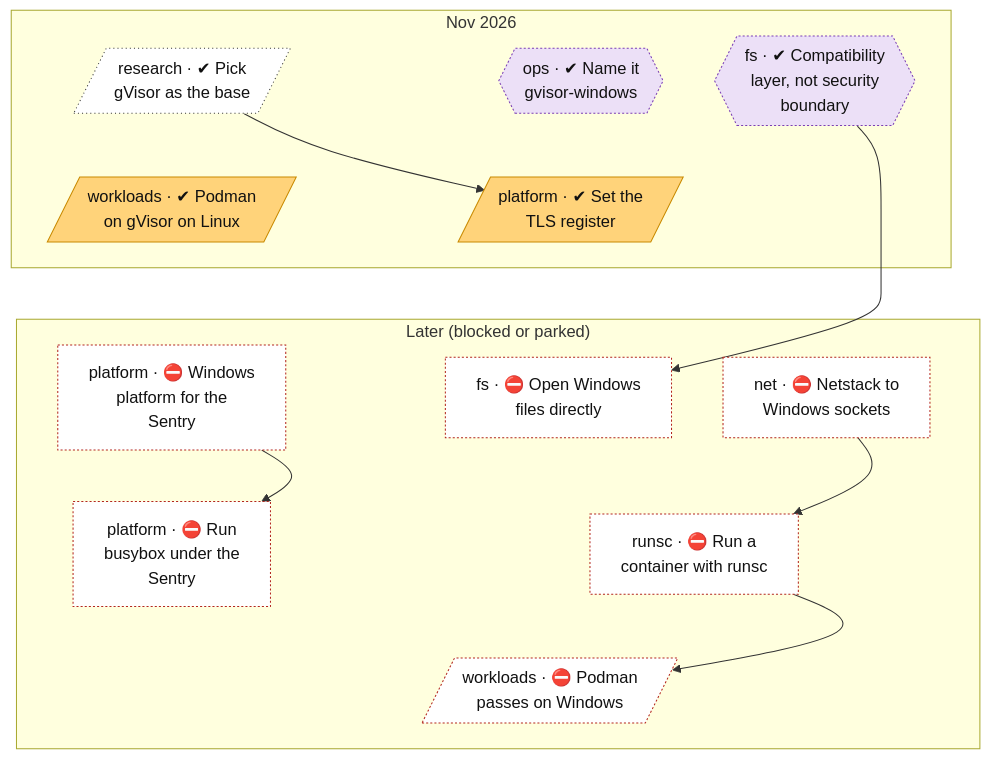
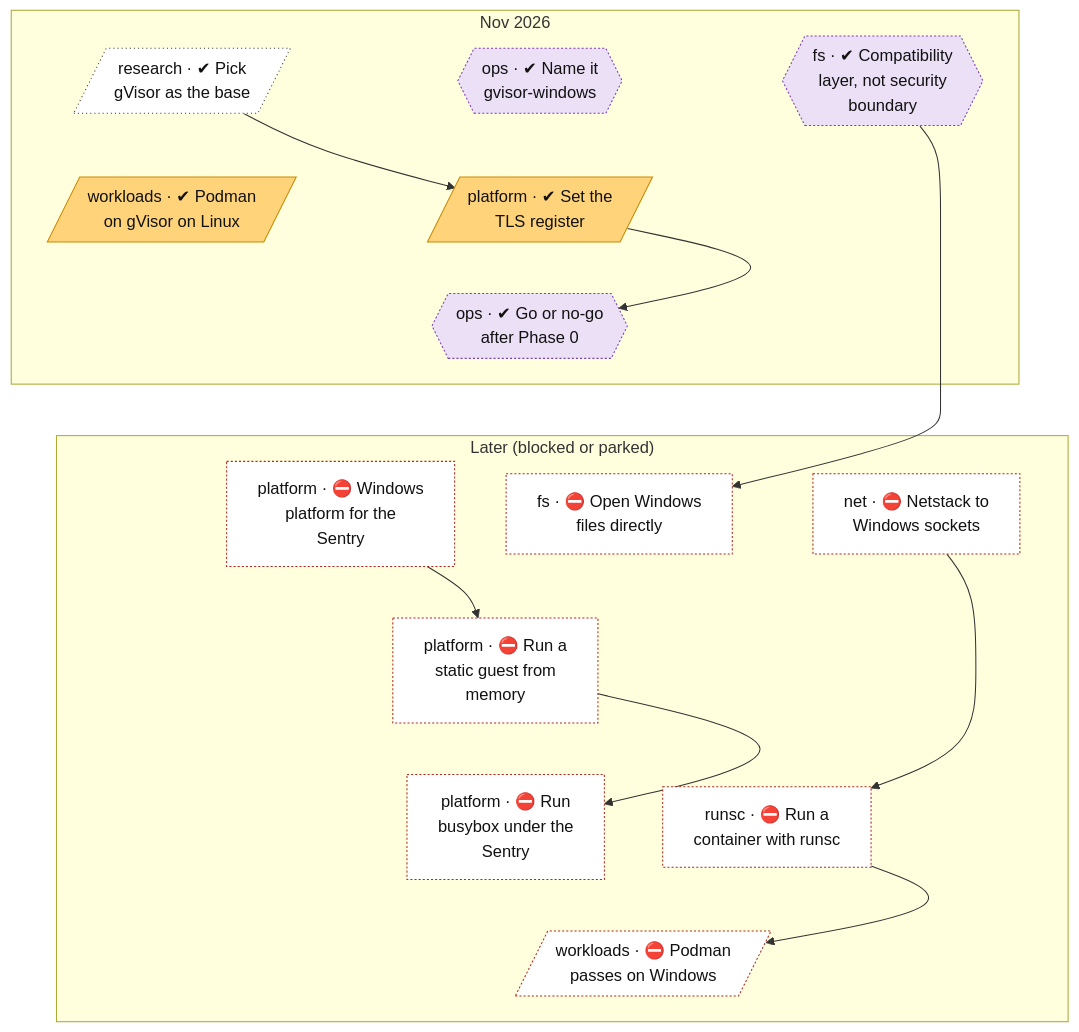
One commit to lhns/gvisor-windows changed the second of 2 diagrams in docs/roadmap.md. Above: the diagram before and after it, drawn with Mermaid. The commit also changed other lines of this file and 14 other files, not shown here.

````diff
--- a/docs/roadmap.md
+++ b/docs/roadmap.md
@@ -100,52 +100,60 @@
 ```mermaid
 flowchart TB
     subgraph bd_0["Nov 2026"]
         research_gvisor_base[/"research · ✔ Pick<br/>gVisor as the base"/]
         ops_name_and_fork{{"ops · ✔ Name it<br/>gvisor-windows"}}
         fs_compat_layer_not_boundary{{"fs · ✔ Compatibility<br/>layer, not security<br/>boundary"}}
         workloads_podman_on_gvisor_linux[/"workloads · ✔ Podman<br/>on gVisor on Linux"/]
         platform_tls_register[/"platform · ✔ Set the<br/>TLS register"/]
+        ops_phase0_go_no_go{{"ops · ✔ Go or no-go<br/>after Phase 0"}}
     end
     subgraph bd_1["Later (blocked or parked)"]
         platform_winstub["platform · ⛔ Windows<br/>platform for the<br/>Sentry"]
         fs_windows_directfs["fs · ⛔ Open Windows<br/>files directly"]
         net_netstack_windows_link["net · ⛔ Netstack to<br/>Windows sockets"]
+        platform_static_guest_from_memory["platform · ⛔ Run a<br/>static guest from<br/>memory"]
         platform_busybox_on_windows["platform · ⛔ Run<br/>busybox under the<br/>Sentry"]
         runsc_container_on_windows["runsc · ⛔ Run a<br/>container with runsc"]
         workloads_podman_on_windows[/"workloads · ⛔ Podman<br/>passes on Windows"/]
     end
     research_gvisor_base ~~~ workloads_podman_on_gvisor_linux
     ops_name_and_fork ~~~ platform_tls_register
     fs_compat_layer_not_boundary ~~~ platform_tls_register
-    workloads_podman_on_gvisor_linux ~~~ platform_winstub
-    platform_tls_register ~~~ fs_windows_directfs
-    platform_tls_register ~~~ net_netstack_windows_link
-    platform_winstub ~~~ platform_busybox_on_windows
-    fs_windows_directfs ~~~ runsc_container_on_windows
-    net_netstack_windows_link ~~~ runsc_container_on_windows
+    workloads_podman_on_gvisor_linux ~~~ ops_phase0_go_no_go
+    platform_tls_register ~~~ ops_phase0_go_no_go
+    ops_phase0_go_no_go ~~~ platform_winstub
+    ops_phase0_go_no_go ~~~ fs_windows_directfs
+    ops_phase0_go_no_go ~~~ net_netstack_windows_link
+    platform_winstub ~~~ platform_static_guest_from_memory
+    fs_windows_directfs ~~~ platform_static_guest_from_memory
+    net_netstack_windows_link ~~~ platform_static_guest_from_memory
+    platform_static_guest_from_memory ~~~ platform_busybox_on_windows
+    platform_static_guest_from_memory ~~~ runsc_container_on_windows
     platform_busybox_on_windows ~~~ workloads_podman_on_windows
     runsc_container_on_windows ~~~ workloads_podman_on_windows
     research_gvisor_base --> platform_tls_register
+    platform_tls_register --> ops_phase0_go_no_go
     fs_compat_layer_not_boundary --> fs_windows_directfs
-    platform_winstub --> platform_busybox_on_windows
+    platform_winstub --> platform_static_guest_from_memory
+    platform_static_guest_from_memory --> platform_busybox_on_windows
     net_netstack_windows_link --> runsc_container_on_windows
     runsc_container_on_windows --> workloads_podman_on_windows
     classDef vsucc fill:#2e9e4f,stroke:#1b6b34,color:#fff
     classDef succ fill:#bfe8c8,stroke:#2e9e4f,color:#111
     classDef mixed fill:#ffd37a,stroke:#c98a00,color:#111
     classDef bad fill:#f28b82,stroke:#b3261e,color:#111
     classDef dead fill:#e6e6e6,stroke:#777,stroke-dasharray:5 5,color:#555
     classDef inprog fill:#a8cdf5,stroke:#1f6fc5,color:#111
     classDef next fill:#fff,stroke:#333,color:#111
     classDef blocked fill:#fff,stroke:#b3261e,stroke-dasharray:2 2,color:#111
     classDef parked fill:#f3f3f3,stroke:#999,color:#555
     classDef unrated fill:#fff,stroke:#333,stroke-dasharray:1 3,color:#111
     classDef gate fill:#d9c2f0,stroke:#7b3fb5,color:#111
     classDef decided fill:#ece0f7,stroke:#7b3fb5,stroke-dasharray:2 2,color:#111
     classDef finding fill:#ffe0b2,stroke:#d84315,stroke-width:2px,color:#111
     classDef waiting fill:#e3f2fd,stroke:#1f6fc5,stroke-dasharray:5 5,color:#111
     class research_gvisor_base unrated
-    class ops_name_and_fork,fs_compat_layer_not_boundary decided
+    class ops_name_and_fork,fs_compat_layer_not_boundary,ops_phase0_go_no_go decided
     class workloads_podman_on_gvisor_linux,platform_tls_register mixed
-    class workloads_podman_on_windows,runsc_container_on_windows,platform_winstub,platform_busybox_on_windows,fs_windows_directfs,net_netstack_windows_link blocked
+    class workloads_podman_on_windows,runsc_container_on_windows,platform_winstub,platform_busybox_on_windows,fs_windows_directfs,net_netstack_windows_link,platform_static_guest_from_memory blocked
 ```
````
